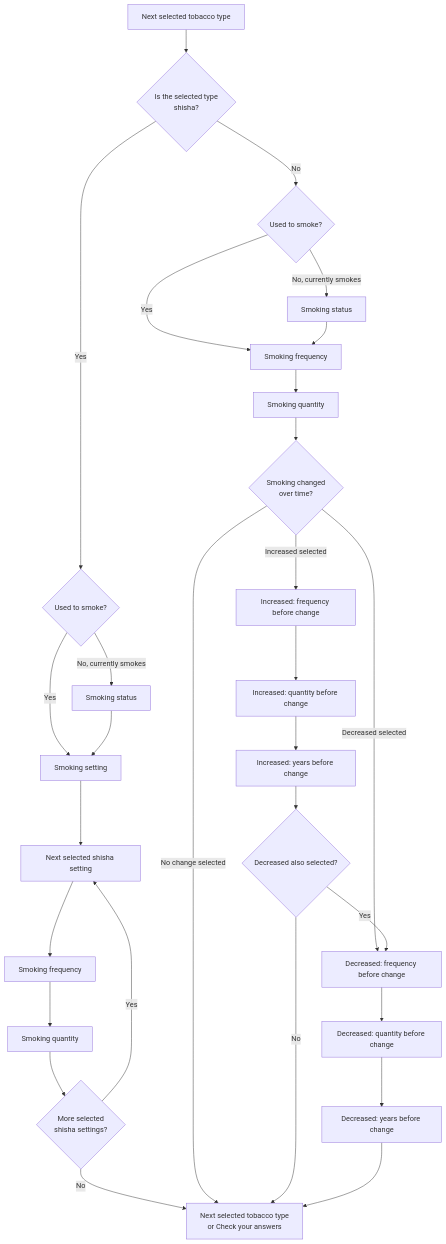
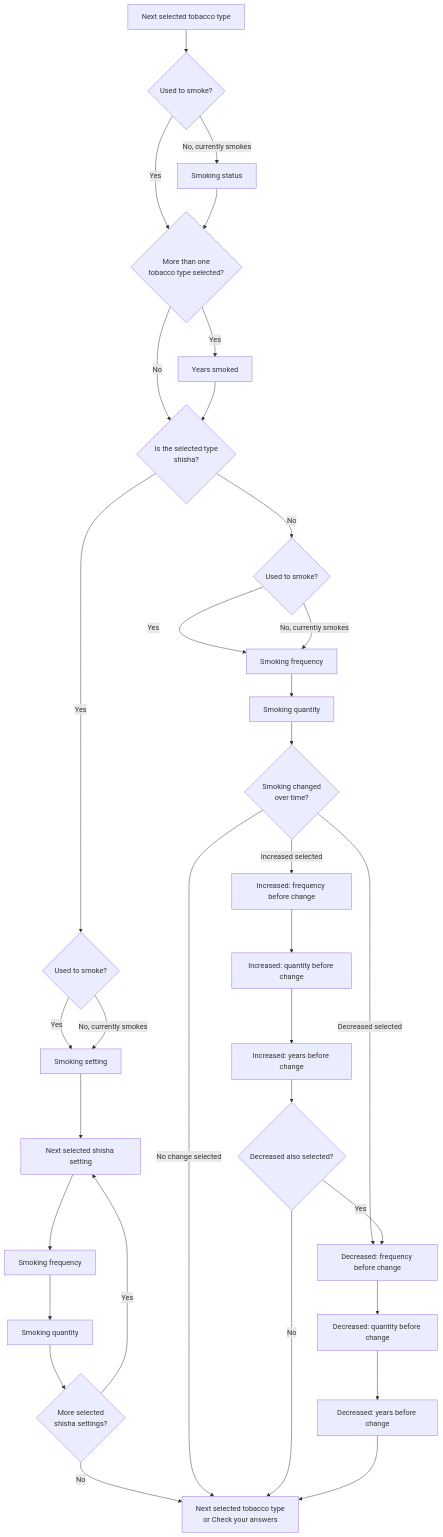
Before and after one commit to NHSDigital/prototype-lung-health-check: the second of 2 diagrams in app/prototype_v4/flows/question-flow.md, drawn with Mermaid. The commit also changed other lines of this file and 10 other files, not shown here.

Commit message:
Update version 4 to include years smoked

````diff
--- a/app/prototype_v4/flows/question-flow.md
+++ b/app/prototype_v4/flows/question-flow.md
@@ -75,38 +75,42 @@
 ```mermaid
 flowchart TD
-  selectedType["Next selected tobacco type"] --> isShisha{"Is the selected type<br>shisha?"}
+  selectedType["Next selected tobacco type"] --> pastForYears{"Used to smoke?"}
+  pastForYears -- No, currently smokes --> statusBeforeYears["Smoking status"]
+  pastForYears -- Yes --> multipleTypes{"More than one<br>tobacco type selected?"}
+  statusBeforeYears --> multipleTypes
+  multipleTypes -- Yes --> yearsSmoked["Years smoked"]
+  multipleTypes -- No --> isShisha{"Is the selected type<br>shisha?"}
+  yearsSmoked --> isShisha
 
   isShisha -- Yes --> shishaPast{"Used to smoke?"}
-  shishaPast -- No, currently smokes --> shishaStatus["Smoking status"]
   shishaPast -- Yes --> setting["Smoking setting"]
-  shishaStatus --> setting
+  shishaPast -- No, currently smokes --> setting
   setting --> selectedSetting["Next selected shisha setting"]
   selectedSetting --> shishaFrequency["Smoking frequency"]
   shishaFrequency --> shishaQuantity["Smoking quantity"]
   shishaQuantity --> moreSettings{"More selected<br>shisha settings?"}
   moreSettings -- Yes --> selectedSetting
   moreSettings -- No --> nextTypeOrCya
 
   isShisha -- No --> past{"Used to smoke?"}
-  past -- No, currently smokes --> status["Smoking status"]
   past -- Yes --> frequency["Smoking frequency"]
-  status --> frequency["Smoking frequency"]
+  past -- No, currently smokes --> frequency["Smoking frequency"]
   frequency --> quantity["Smoking quantity"]
   quantity --> changed{"Smoking changed<br>over time?"}
 
   changed -- No change selected --> nextTypeOrCya
   changed -- Increased selected --> increasedFrequency["Increased: frequency before change"]
   increasedFrequency --> increasedQuantity["Increased: quantity before change"]
   increasedQuantity --> increasedYears["Increased: years before change"]
   increasedYears --> decreasedSelected{"Decreased also selected?"}
 
   changed -- Decreased selected --> decreasedFrequency["Decreased: frequency before change"]
   decreasedSelected -- Yes --> decreasedFrequency
   decreasedSelected -- No --> nextTypeOrCya
 
   decreasedFrequency --> decreasedQuantity["Decreased: quantity before change"]
   decreasedQuantity --> decreasedYears["Decreased: years before change"]
   decreasedYears --> nextTypeOrCya
 
   nextTypeOrCya["Next selected tobacco type<br>or Check your answers"]
 ```
````
